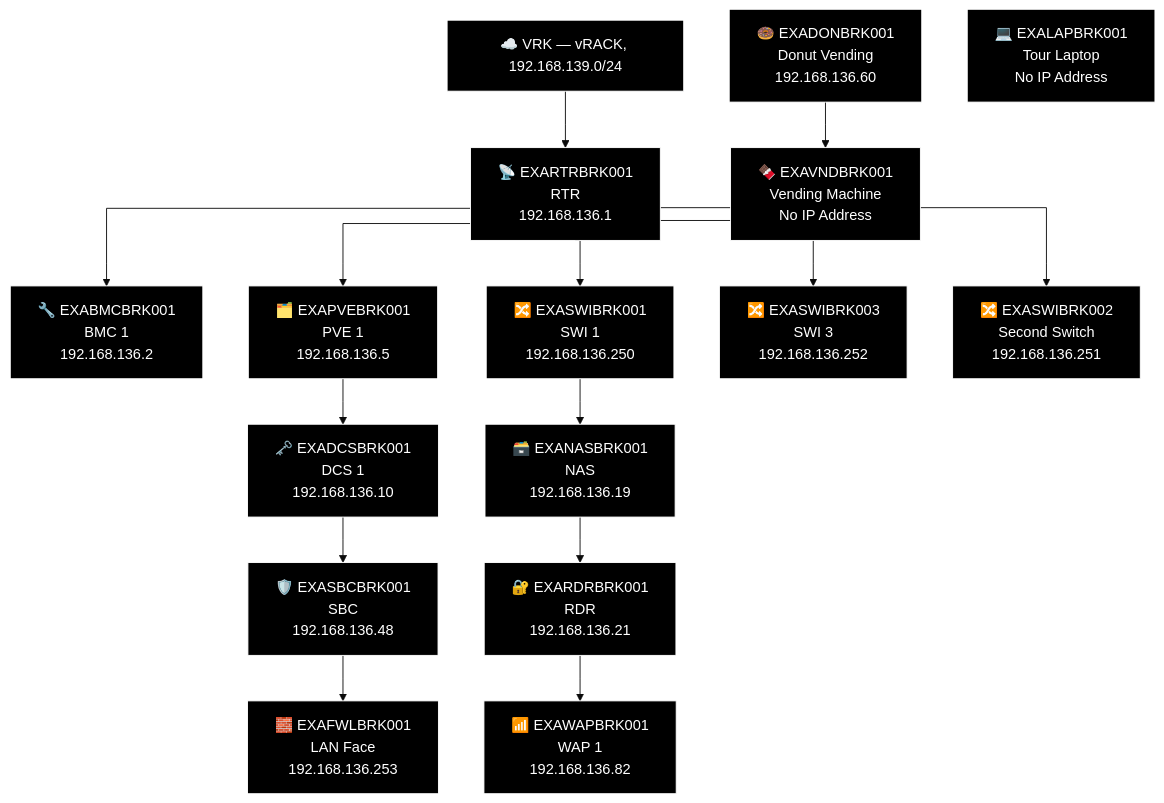
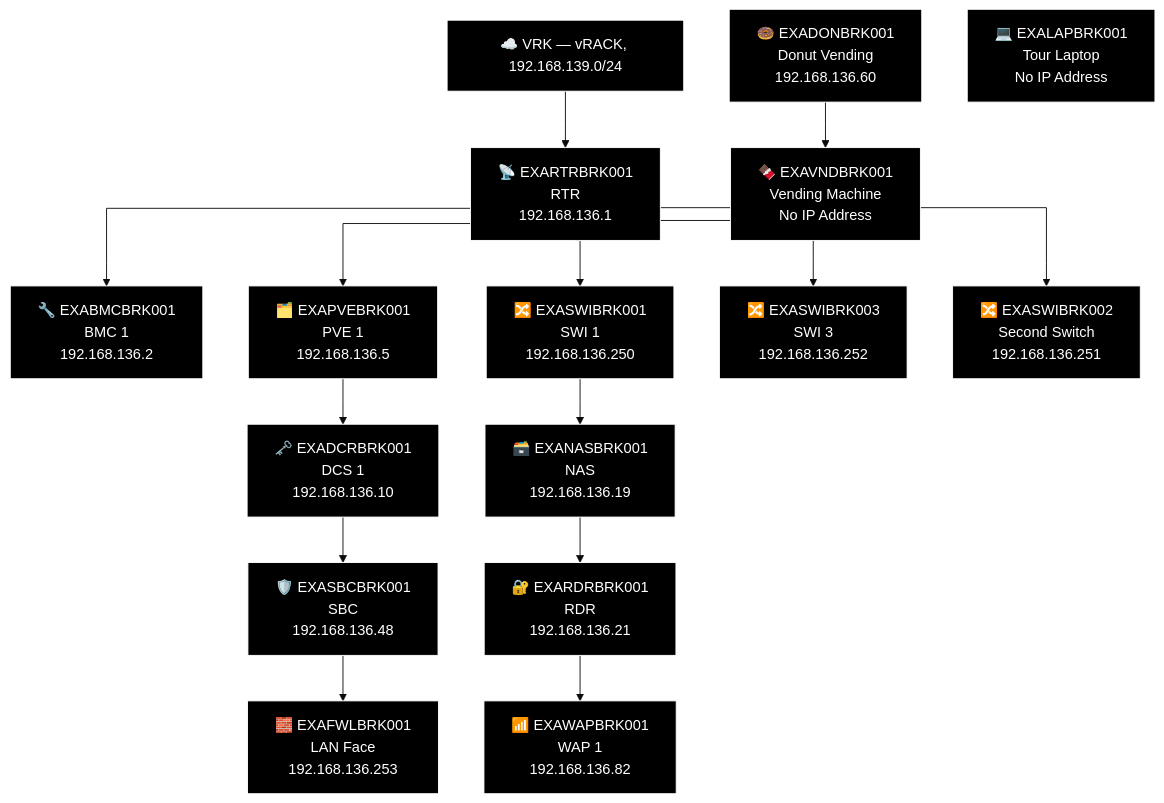
Before and after one commit to knightmare2600/example_music_infra: the third of 8 diagrams in docs/network-diagram/canada.md, drawn with Mermaid (base theme). The commit also changed other lines of this file and 8 other files, not shown here.

````diff
--- a/docs/network-diagram/canada.md
+++ b/docs/network-diagram/canada.md
@@ -144,47 +134,47 @@
 ```mermaid
 %% GENERATED:TOPOLOGY:BRK:START
 %%{init: {'flowchart': {'curve': 'stepAfter'}}}%%
 graph TD
     T_VRK["☁️ VRK — vRACK, 192.168.139.0/24"]
     T_RTR["📡 EXARTRBRK001<br/>RTR<br/>192.168.136.1"]
     T_VRK --> T_RTR
     T_BMC["🔧 EXABMCBRK001<br/>BMC 1<br/>192.168.136.2"]
     T_RTR --> T_BMC
     T_PVE["🗂️ EXAPVEBRK001<br/>PVE 1<br/>192.168.136.5"]
     T_RTR --> T_PVE
     T_SWI["🔀 EXASWIBRK001<br/>SWI 1<br/>192.168.136.250"]
     T_RTR --> T_SWI
     T_SWI2["🔀 EXASWIBRK003<br/>SWI 3<br/>192.168.136.252"]
     T_RTR --> T_SWI2
     T_SWI3["🔀 EXASWIBRK002<br/>Second Switch<br/>192.168.136.251"]
     T_RTR --> T_SWI3
     T_NAS["🗃️ EXANASBRK001<br/>NAS<br/>192.168.136.19"]
     T_RDR["🔐 EXARDRBRK001<br/>RDR<br/>192.168.136.21"]
     T_WAP["📶 EXAWAPBRK001<br/>WAP 1<br/>192.168.136.82"]
     T_SWI --> T_NAS --> T_RDR --> T_WAP
-    T_DCS["🗝️ EXADCSBRK001<br/>DCS 1<br/>192.168.136.10"]
+    T_DCS["🗝️ EXADCRBRK001<br/>DCS 1<br/>192.168.136.10"]
     T_SBC["🛡️ EXASBCBRK001<br/>SBC<br/>192.168.136.48"]
     T_FWL["🧱 EXAFWLBRK001<br/>LAN Face<br/>192.168.136.253"]
     T_PVE --> T_DCS --> T_SBC --> T_FWL
     T_DON["🍩 EXADONBRK001<br/>Donut Vending<br/>192.168.136.60"]
     T_LAP["💻 EXALAPBRK001<br/>Tour Laptop<br/>No IP Address"]
     T_VND["🍫 EXAVNDBRK001<br/>Vending Machine<br/>No IP Address"]
     T_DON --> T_VND
     style T_VRK fill:#000000,stroke:#FFFFFF,color:#FFFFFF
     style T_RTR fill:#000000,stroke:#FFFFFF,color:#FFFFFF
     style T_BMC fill:#000000,stroke:#FFFFFF,color:#FFFFFF
     style T_PVE fill:#000000,stroke:#FFFFFF,color:#FFFFFF
     style T_SWI fill:#000000,stroke:#FFFFFF,color:#FFFFFF
     style T_SWI2 fill:#000000,stroke:#FFFFFF,color:#FFFFFF
     style T_SWI3 fill:#000000,stroke:#FFFFFF,color:#FFFFFF
     style T_NAS fill:#000000,stroke:#FFFFFF,color:#FFFFFF
     style T_RDR fill:#000000,stroke:#FFFFFF,color:#FFFFFF
     style T_WAP fill:#000000,stroke:#FFFFFF,color:#FFFFFF
     style T_DCS fill:#000000,stroke:#FFFFFF,color:#FFFFFF
     style T_SBC fill:#000000,stroke:#FFFFFF,color:#FFFFFF
     style T_FWL fill:#000000,stroke:#FFFFFF,color:#FFFFFF
     style T_DON fill:#000000,stroke:#FFFFFF,color:#FFFFFF
     style T_LAP fill:#000000,stroke:#FFFFFF,color:#FFFFFF
     style T_VND fill:#000000,stroke:#FFFFFF,color:#FFFFFF
 %% GENERATED:TOPOLOGY:BRK:END
 ```
````
